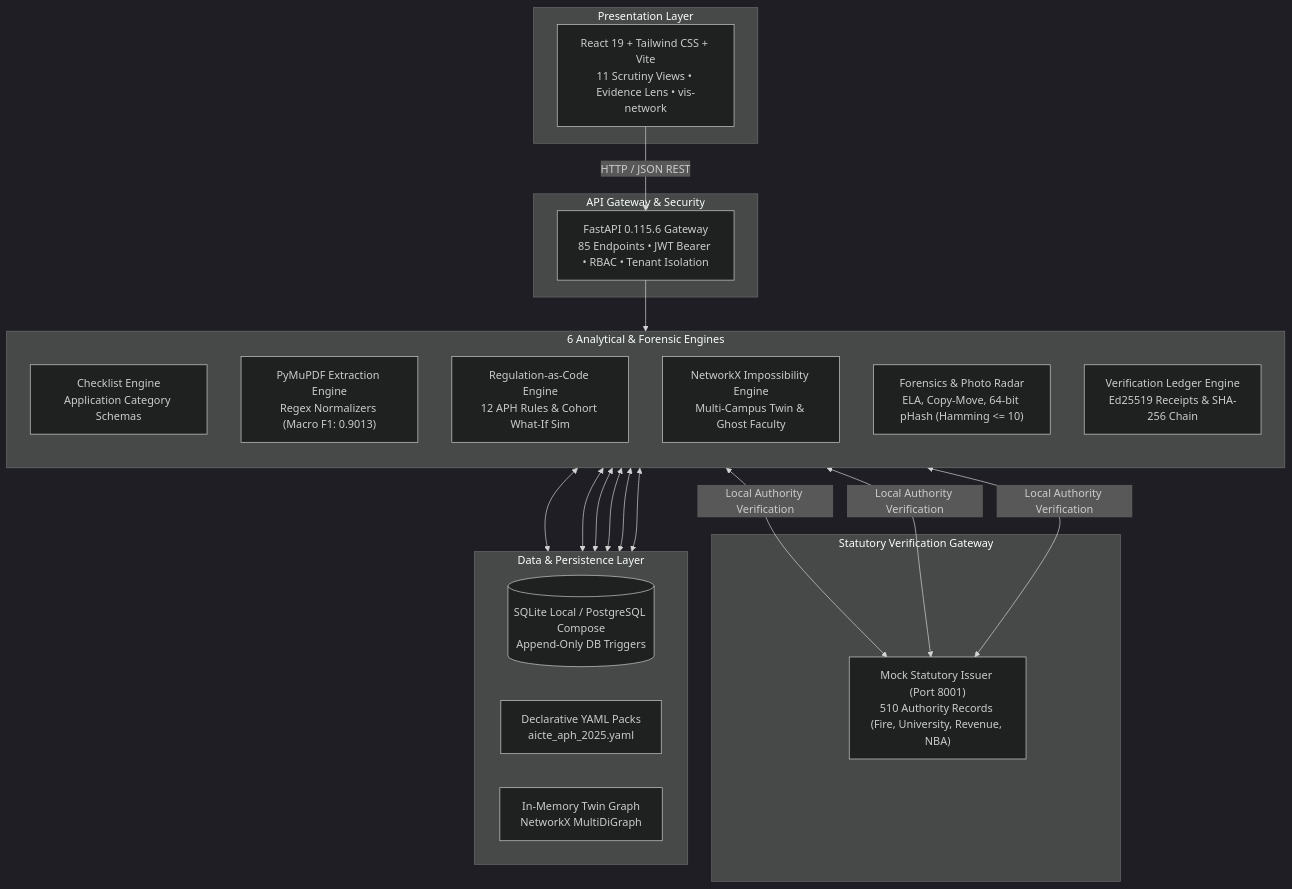
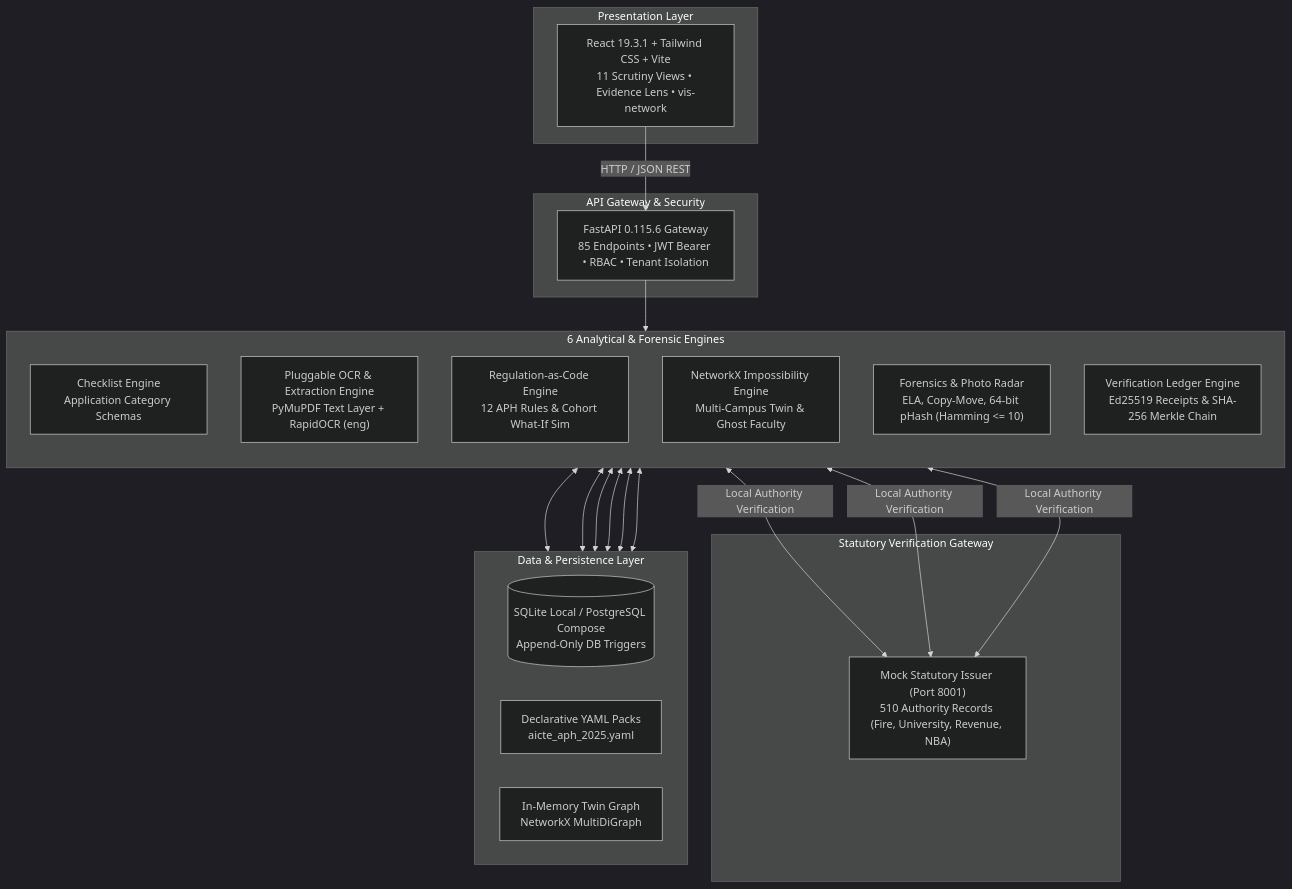
The first of 2 diagrams in README.md (tejas-coder28/sih-2.0), drawn with Mermaid (dark theme) before and after one commit. The commit also changed other lines of this file, not shown here.

Commit message:
docs(readme): rewrite README with real versions, Ed25519, RapidOCR, and component reality

````diff
--- a/README.md
+++ b/README.md
@@ -88,35 +97,35 @@
 ```mermaid
 flowchart TB
     subgraph CLIENT["Presentation Layer"]
-        UI["React 19 + Tailwind CSS + Vite<br/>11 Scrutiny Views • Evidence Lens • vis-network"]
+        UI["React 19.3.1 + Tailwind CSS + Vite<br/>11 Scrutiny Views • Evidence Lens • vis-network"]
     end
 
     subgraph API["API Gateway & Security"]
         GATEWAY["FastAPI 0.115.6 Gateway<br/>85 Endpoints • JWT Bearer • RBAC • Tenant Isolation"]
     end
 
     subgraph ENGINES["6 Analytical & Forensic Engines"]
         direction TB
         E1["Checklist Engine<br/>Application Category Schemas"]
-        E2["PyMuPDF Extraction Engine<br/>Regex Normalizers (Macro F1: 0.9013)"]
+        E2["Pluggable OCR & Extraction Engine<br/>PyMuPDF Text Layer + RapidOCR (eng)"]
         E3["Regulation-as-Code Engine<br/>12 APH Rules & Cohort What-If Sim"]
         E4["NetworkX Impossibility Engine<br/>Multi-Campus Twin & Ghost Faculty"]
         E5["Forensics & Photo Radar<br/>ELA, Copy-Move, 64-bit pHash (Hamming <= 10)"]
-        E6["Verification Ledger Engine<br/>Ed25519 Receipts & SHA-256 Chain"]
+        E6["Verification Ledger Engine<br/>Ed25519 Receipts & SHA-256 Merkle Chain"]
     end
 
     subgraph ISSUER["Statutory Verification Gateway"]
         MOCK["Mock Statutory Issuer (Port 8001)<br/>510 Authority Records (Fire, University, Revenue, NBA)"]
     end
 
     subgraph DATA["Data & Persistence Layer"]
         DB[("SQLite Local / PostgreSQL Compose<br/>Append-Only DB Triggers")]
         RULES["Declarative YAML Packs<br/>aicte_aph_2025.yaml"]
         GRAPH["In-Memory Twin Graph<br/>NetworkX MultiDiGraph"]
     end
 
     UI -->|HTTP / JSON REST| GATEWAY
     GATEWAY --> ENGINES
     E1 & E2 & E3 & E4 & E5 & E6 <--> DATA
     E1 & E3 & E6 <-->|Local Authority Verification| MOCK
 ```
````
